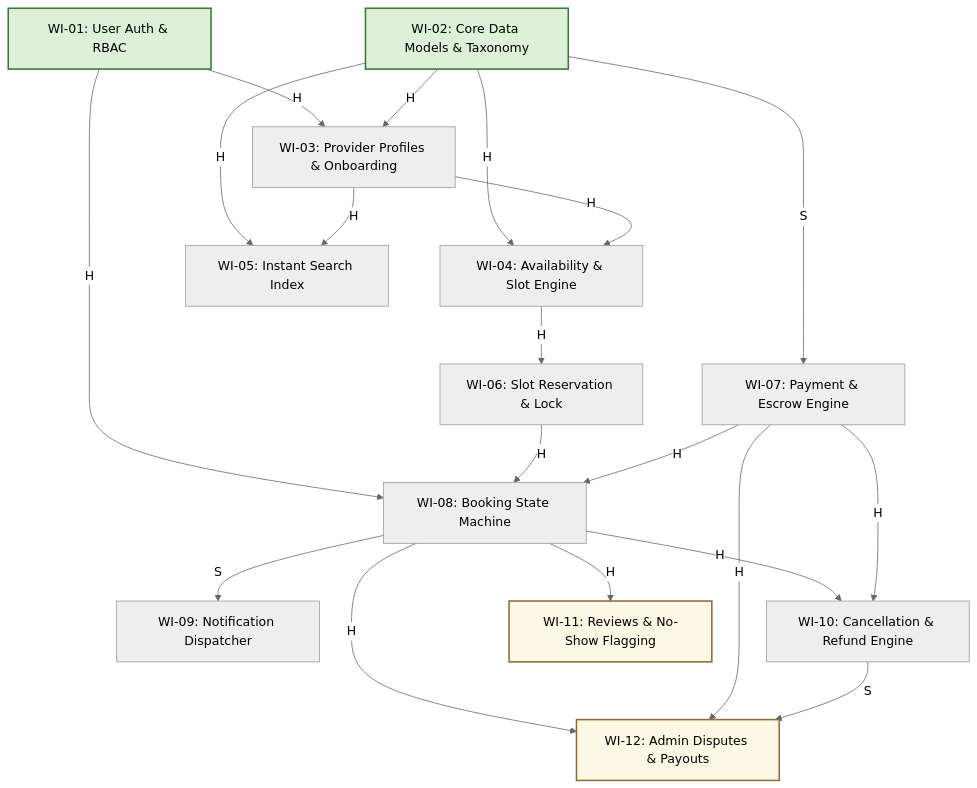
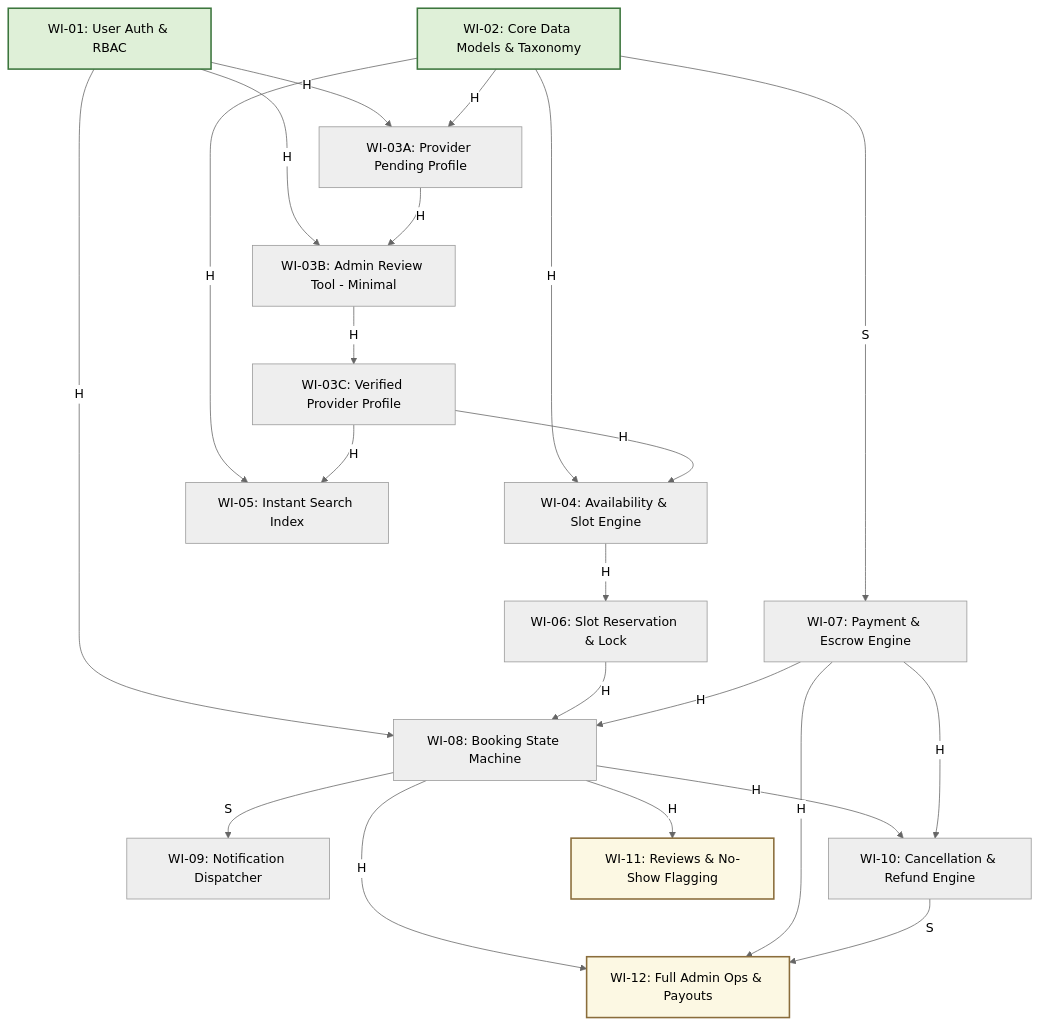
Before and after one commit to yashrao2607/Caw-Studios: the diagram in upsk-system-design-workspace/progress/decomposition/dag-module-02.md, drawn with Mermaid (neutral theme). The commit also changed other lines of this file and 15 other files, not shown here.

````diff
--- a/upsk-system-design-workspace/progress/decomposition/dag-module-02.md
+++ b/upsk-system-design-workspace/progress/decomposition/dag-module-02.md
@@ -24,45 +26,53 @@
 ```mermaid
 graph TD
     classDef hard stroke:#d9534f,stroke-width:2px;
     classDef soft stroke:#5bc0de,stroke-dasharray: 5 5,stroke-width:2px;
     classDef startNode fill:#dff0d8,stroke:#3c763d,stroke-width:2px;
     classDef endNode fill:#fcf8e3,stroke:#8a6d3b,stroke-width:2px;
 
     WI01[WI-01: User Auth & RBAC]:::startNode
     WI02[WI-02: Core Data Models & Taxonomy]:::startNode
     
-    WI03[WI-03: Provider Profiles & Onboarding]
+    WI03A[WI-03A: Provider Pending Profile]
+    WI03B[WI-03B: Admin Review Tool - Minimal]
+    WI03C[WI-03C: Verified Provider Profile]
+    
     WI04[WI-04: Availability & Slot Engine]
     WI05[WI-05: Instant Search Index]
     WI06[WI-06: Slot Reservation & Lock]
     WI07[WI-07: Payment & Escrow Engine]
     WI08[WI-08: Booking State Machine]
     WI09[WI-09: Notification Dispatcher]
     WI10[WI-10: Cancellation & Refund Engine]
     WI11[WI-11: Reviews & No-Show Flagging]:::endNode
-    WI12[WI-12: Admin Disputes & Payouts]:::endNode
+    WI12[WI-12: Full Admin Ops & Payouts]:::endNode
 
     %% Dependencies
-    WI01 -->|H| WI03
+    WI01 -->|H| WI03A
+    WI01 -->|H| WI03B
     WI01 -->|H| WI08
-    WI02 -->|H| WI03
+    WI02 -->|H| WI03A
     WI02 -->|H| WI04
     WI02 -->|H| WI05
     
-    WI03 -->|H| WI05
-    WI03 -->|H| WI04
+    %% Cycle Breaking Node Flow
+    WI03A -->|H| WI03B
+    WI03B -->|H| WI03C
+    
+    WI03C -->|H| WI05
+    WI03C -->|H| WI04
     WI04 -->|H| WI06
     
     WI06 -->|H| WI08
     WI07 -->|H| WI08
     WI02 -->|S| WI07
     
     WI08 -->|S| WI09
     WI08 -->|H| WI10
     WI07 -->|H| WI10
     
     WI08 -->|H| WI11
     WI08 -->|H| WI12
     WI07 -->|H| WI12
     WI10 -->|S| WI12
 ```
````
